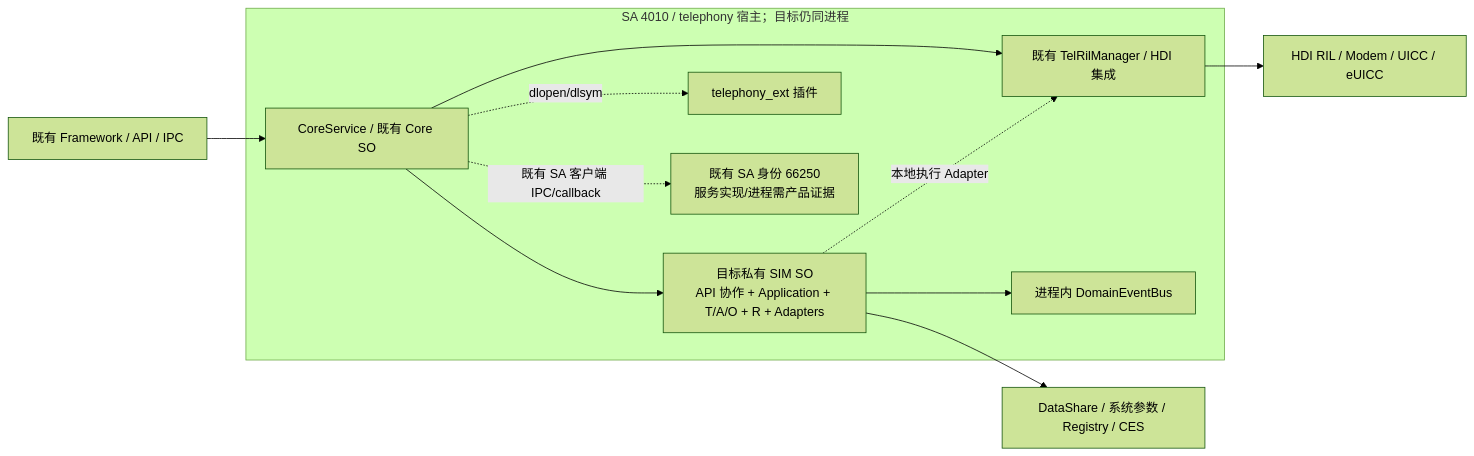
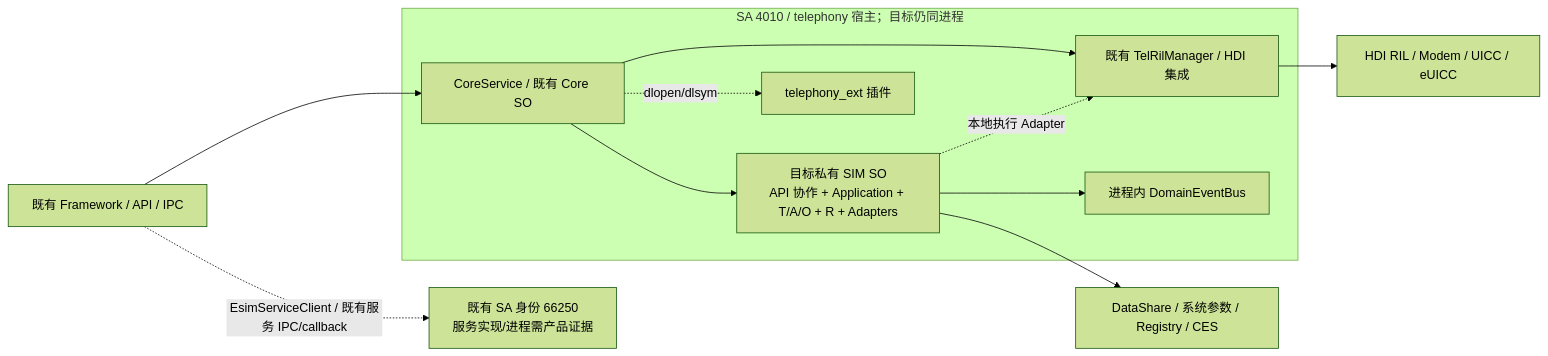
One commit to zjuluowu/multisim changed the second of 6 diagrams in telephony_core_service/docs/SIM_Architecture_Layering_and_Migration_Design.md. Above: the diagram before and after it, drawn with Mermaid (forest theme). The commit also changed other lines of this file, not shown here.

````diff
--- a/telephony_core_service/docs/SIM_Architecture_Layering_and_Migration_Design.md
+++ b/telephony_core_service/docs/SIM_Architecture_Layering_and_Migration_Design.md
@@ -198,14 +217,14 @@
 ```mermaid
 flowchart LR
     APP["既有 Framework / API / IPC"] --> CORE
     subgraph HOST["SA 4010 / telephony 宿主；目标仍同进程"]
         CORE["CoreService / 既有 Core SO"] --> SIMSO["目标私有 SIM SO<br/>API 协作 + Application + T/A/O + R + Adapters"]
         CORE --> RIL["既有 TelRilManager / HDI 集成"]
         CORE -.dlopen/dlsym.-> EXT["telephony_ext 插件"]
         SIMSO -.本地执行 Adapter.-> RIL
         SIMSO --> BUS["进程内 DomainEventBus"]
-        CORE -.既有 SA 客户端 IPC/callback.-> SA66250["既有 SA 身份 66250<br/>服务实现/进程需产品证据"]
     end
+    APP -.EsimServiceClient / 既有服务 IPC/callback.-> SA66250["既有 SA 身份 66250<br/>服务实现/进程需产品证据"]
     SIMSO --> DS["DataShare / 系统参数 / Registry / CES"]
     RIL --> MODEM["HDI RIL / Modem / UICC / eUICC"]
 ```
````
